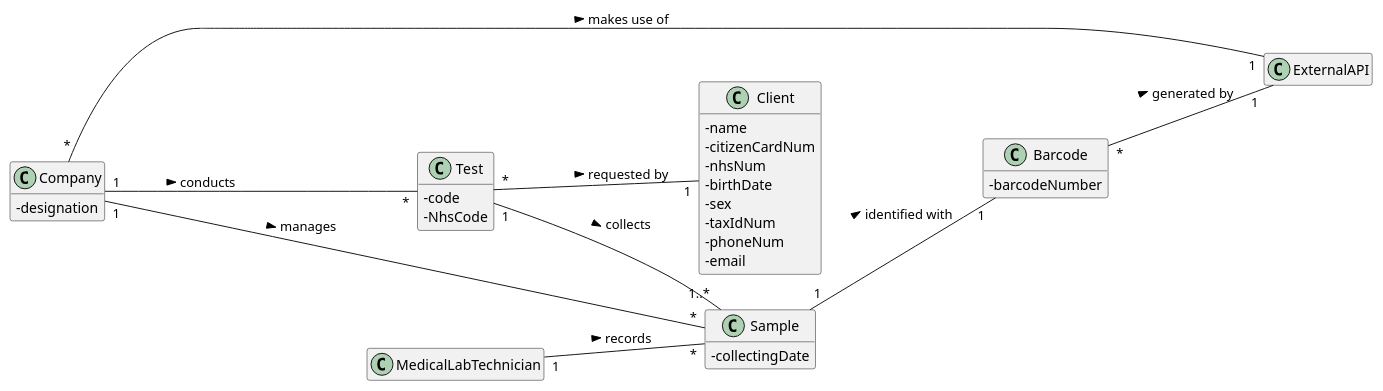
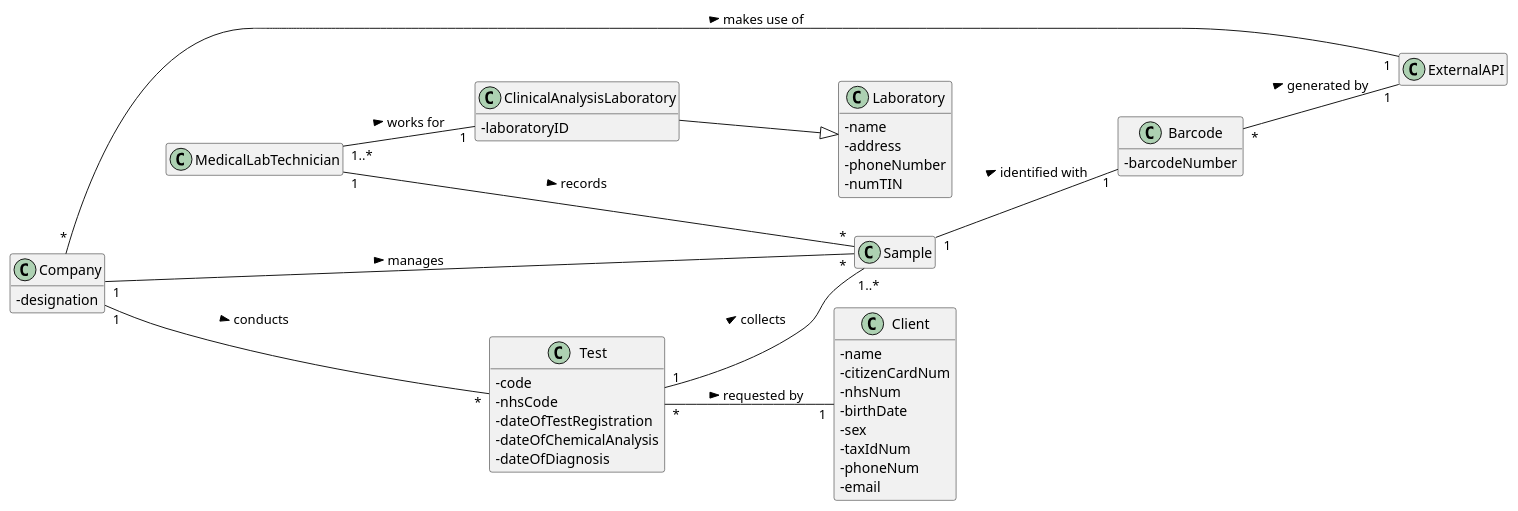
Before and after one commit to ana-albergaria/LAPR2-ISEP: the diagram in docs/SprintC/US_5/US5_DM.puml, drawn with PlantUML. The commit also changed 24 other files, not shown here.

Commit message:
US5 Fixing Model Domain and Class Diagram

```diff
--- a/docs/SprintC/US_5/US5_DM.puml
+++ b/docs/SprintC/US_5/US5_DM.puml
@@ -1,82 +1,98 @@
 @startuml
 
 skinparam classAttributeIconSize 0
 hide empty methods
 hide empty attributes
 left to right direction
 
 class MedicalLabTechnician{}
 
-class Sample{
-- collectingDate
-}
+class Sample{}
 
 class Test{
 - code
-- NhsCode
+- nhsCode
+- dateOfTestRegistration
+- dateOfChemicalAnalysis
+- dateOfDiagnosis
 }
 
 class Barcode {
 - barcodeNumber
 }
 
 class ExternalAPI{}
 
 /'class LabOrder{}'/
 
 class Client{
 - name
 - citizenCardNum
 - nhsNum
 - birthDate
 - sex
 - taxIdNum
 - phoneNum
 - email
 }
 
 /'
 class TestType{
 - code
 - description
 - collectingMethod
 }'/
 
 /'class Parameter {
   -code
   -shortName
   -description
 }'/
 
 class Company {
 -designation
 }
 
+class ClinicalAnalysisLaboratory{
+- laboratoryID
+}
+
+class Laboratory {
+- name
+- address
+- phoneNumber
+- numTIN
+}
+
 /'class Config {}'/
 
 
 
 
-MedicalLabTechnician "1" -- "*" Sample : records >
+MedicalLabTechnician "1" --- "*" Sample : records >
 Sample "1" -- "1" Barcode : identified with >
 Barcode "*" -- "1" ExternalAPI : generated by >
 Test "1" -- "1..*" Sample : collects >
 /'Test "1" --- "1" LabOrder : originates <'/
 /'LabOrder "1..*" --- "1" Client : provided by >'/
 
 /'comment line above'/
 /'Test "*" -- "1" TestType : classified as >'/
 
 /'LabOrder -- TestType : contains >'/
 /'LabOrder -- "1..*" Parameter : contains >'/
 
 /'ExternalAPI -- Config : defined by >'/
 Test "*" -- "1" Client : requested by >
 Company "*" - "1" ExternalAPI : makes use of >
 Company "1" --- "*" Sample : manages >
 Company "1" --- "*" Test : conducts >
+MedicalLabTechnician "1..*" -- "1" ClinicalAnalysisLaboratory : works for >
+
+ClinicalAnalysisLaboratory --|> Laboratory
+
 
 
 
 
 @enduml
```
